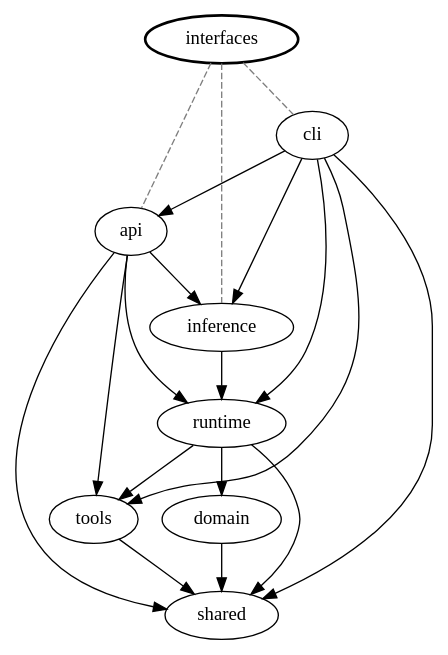
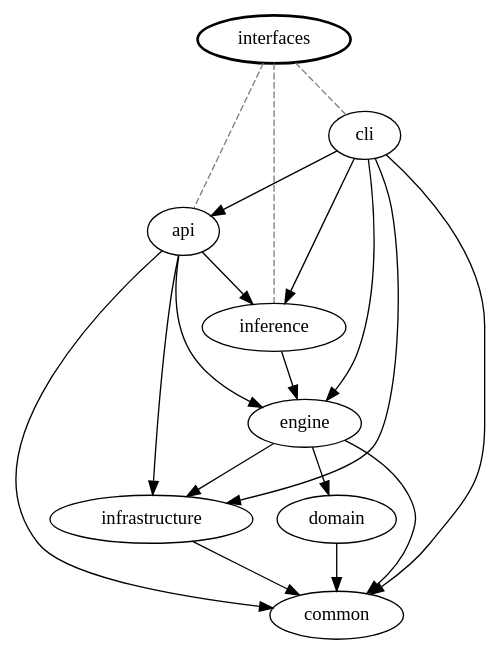
The diagram in docs/architecture/diagrams/interfaces.dot (constatza/dlkit), drawn with Graphviz before and after one commit. The commit also changed 556 other files, not shown here.

First line of the commit message:
refactor(arch): rename runtime/tools/shared to engine/infrastructure/common

```diff
--- a/docs/architecture/diagrams/interfaces.dot
+++ b/docs/architecture/diagrams/interfaces.dot
@@ -1,28 +1,28 @@
 digraph {
 "dlkit.domain" [label="domain"];
 "dlkit.interfaces" [label="interfaces" style="bold"];
 "dlkit.interfaces.api" [label="api"];
 "dlkit.interfaces.cli" [label="cli"];
 "dlkit.interfaces.inference" [label="inference"];
-"dlkit.runtime" [label="runtime"];
-"dlkit.shared" [label="shared"];
-"dlkit.tools" [label="tools"];
+"dlkit.engine" [label="engine"];
+"dlkit.common" [label="common"];
+"dlkit.infrastructure" [label="infrastructure"];
 "dlkit.interfaces" -> "dlkit.interfaces.api" [style="dashed" color="gray50" arrowhead="none"];
 "dlkit.interfaces" -> "dlkit.interfaces.cli" [style="dashed" color="gray50" arrowhead="none"];
 "dlkit.interfaces" -> "dlkit.interfaces.inference" [style="dashed" color="gray50" arrowhead="none"];
-"dlkit.domain" -> "dlkit.shared";
+"dlkit.domain" -> "dlkit.common";
 "dlkit.interfaces.api" -> "dlkit.interfaces.inference";
-"dlkit.interfaces.api" -> "dlkit.runtime";
-"dlkit.interfaces.api" -> "dlkit.shared";
-"dlkit.interfaces.api" -> "dlkit.tools";
+"dlkit.interfaces.api" -> "dlkit.engine";
+"dlkit.interfaces.api" -> "dlkit.common";
+"dlkit.interfaces.api" -> "dlkit.infrastructure";
 "dlkit.interfaces.cli" -> "dlkit.interfaces.api";
 "dlkit.interfaces.cli" -> "dlkit.interfaces.inference";
-"dlkit.interfaces.cli" -> "dlkit.runtime";
-"dlkit.interfaces.cli" -> "dlkit.shared";
-"dlkit.interfaces.cli" -> "dlkit.tools";
-"dlkit.interfaces.inference" -> "dlkit.runtime";
-"dlkit.runtime" -> "dlkit.domain";
-"dlkit.runtime" -> "dlkit.shared";
-"dlkit.runtime" -> "dlkit.tools";
-"dlkit.tools" -> "dlkit.shared";
+"dlkit.interfaces.cli" -> "dlkit.engine";
+"dlkit.interfaces.cli" -> "dlkit.common";
+"dlkit.interfaces.cli" -> "dlkit.infrastructure";
+"dlkit.interfaces.inference" -> "dlkit.engine";
+"dlkit.engine" -> "dlkit.domain";
+"dlkit.engine" -> "dlkit.common";
+"dlkit.engine" -> "dlkit.infrastructure";
+"dlkit.infrastructure" -> "dlkit.common";
 }
```
